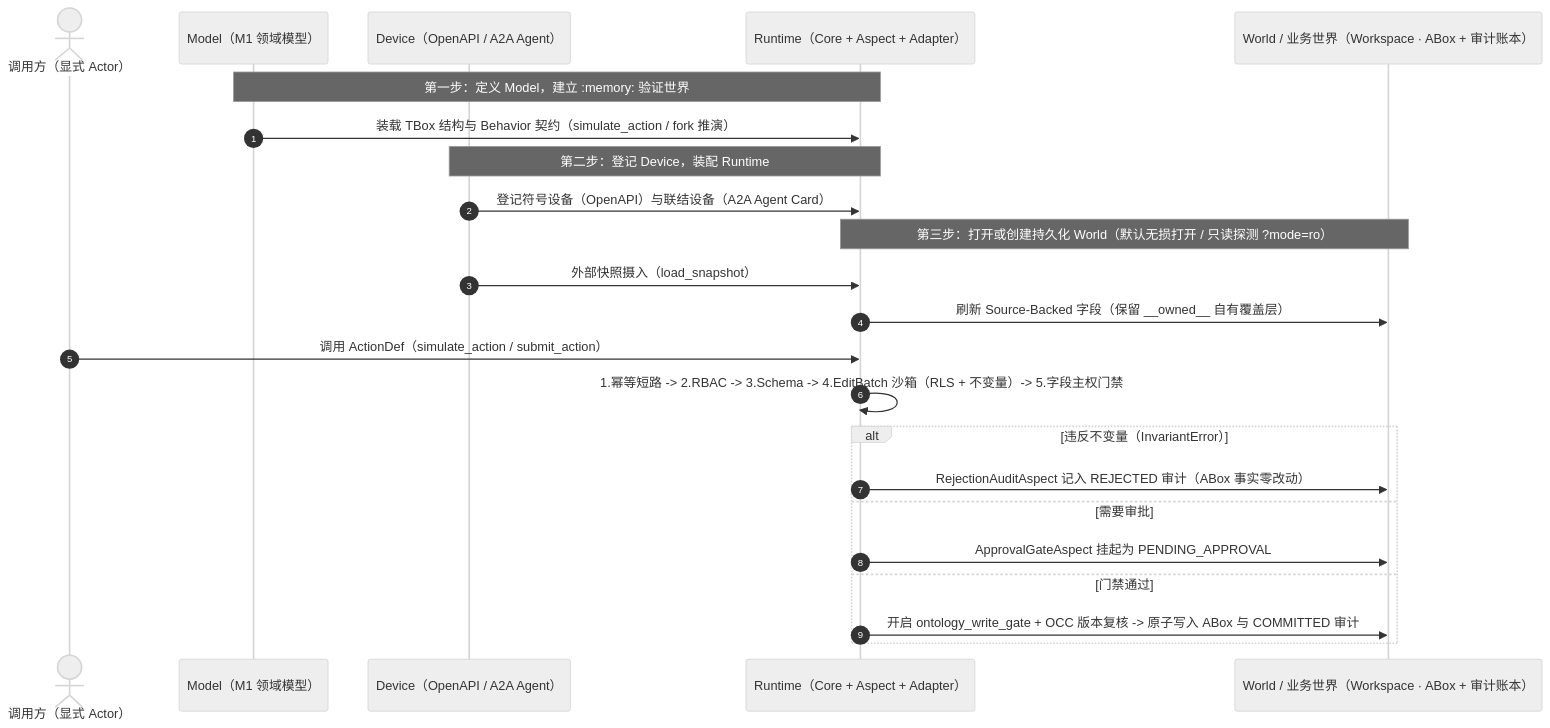
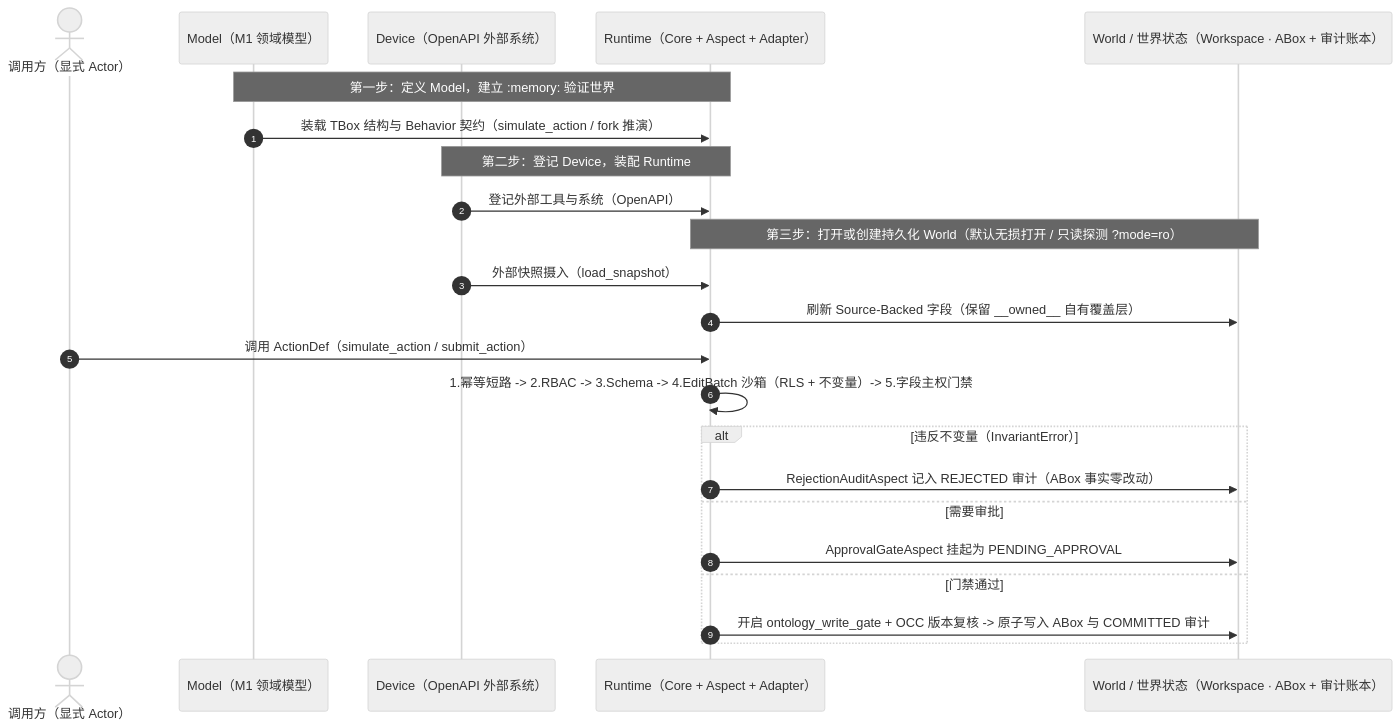
One commit to guci314/openontology changed the third of 3 diagrams in docs/ARCHITECTURE.md. Above: the diagram before and after it, drawn with Mermaid (neutral theme). The commit also changed other lines of this file and 86 other files, not shown here.

````diff
--- a/docs/ARCHITECTURE.md
+++ b/docs/ARCHITECTURE.md
@@ -164,29 +163,29 @@
 ```mermaid
 sequenceDiagram
     autonumber
     actor User as 调用方（显式 Actor）
     participant M as Model（M1 领域模型）
-    participant D as Device（OpenAPI / A2A Agent）
+    participant D as Device（OpenAPI 外部系统）
     participant R as Runtime（Core + Aspect + Adapter）
-    participant W as World / 业务世界（Workspace · ABox + 审计账本）
+    participant W as World / 世界状态（Workspace · ABox + 审计账本）
 
     Note over M,R: 第一步：定义 Model，建立 :memory: 验证世界
     M->>R: 装载 TBox 结构与 Behavior 契约（simulate_action / fork 推演）
 
     Note over D,R: 第二步：登记 Device，装配 Runtime
-    D->>R: 登记符号设备（OpenAPI）与联结设备（A2A Agent Card）
+    D->>R: 登记外部工具与系统（OpenAPI）
 
     Note over R,W: 第三步：打开或创建持久化 World（默认无损打开 / 只读探测 ?mode=ro）
     D->>R: 外部快照摄入（load_snapshot）
     R->>W: 刷新 Source-Backed 字段（保留 __owned__ 自有覆盖层）
 
     User->>R: 调用 ActionDef（simulate_action / submit_action）
     R->>R: 1.幂等短路 -> 2.RBAC -> 3.Schema -> 4.EditBatch 沙箱（RLS + 不变量）-> 5.字段主权门禁
     alt 违反不变量（InvariantError）
         R->>W: RejectionAuditAspect 记入 REJECTED 审计（ABox 事实零改动）
     else 需要审批
         R->>W: ApprovalGateAspect 挂起为 PENDING_APPROVAL
     else 门禁通过
         R->>W: 开启 ontology_write_gate + OCC 版本复核 -> 原子写入 ABox 与 COMMITTED 审计
     end
 ```
````
